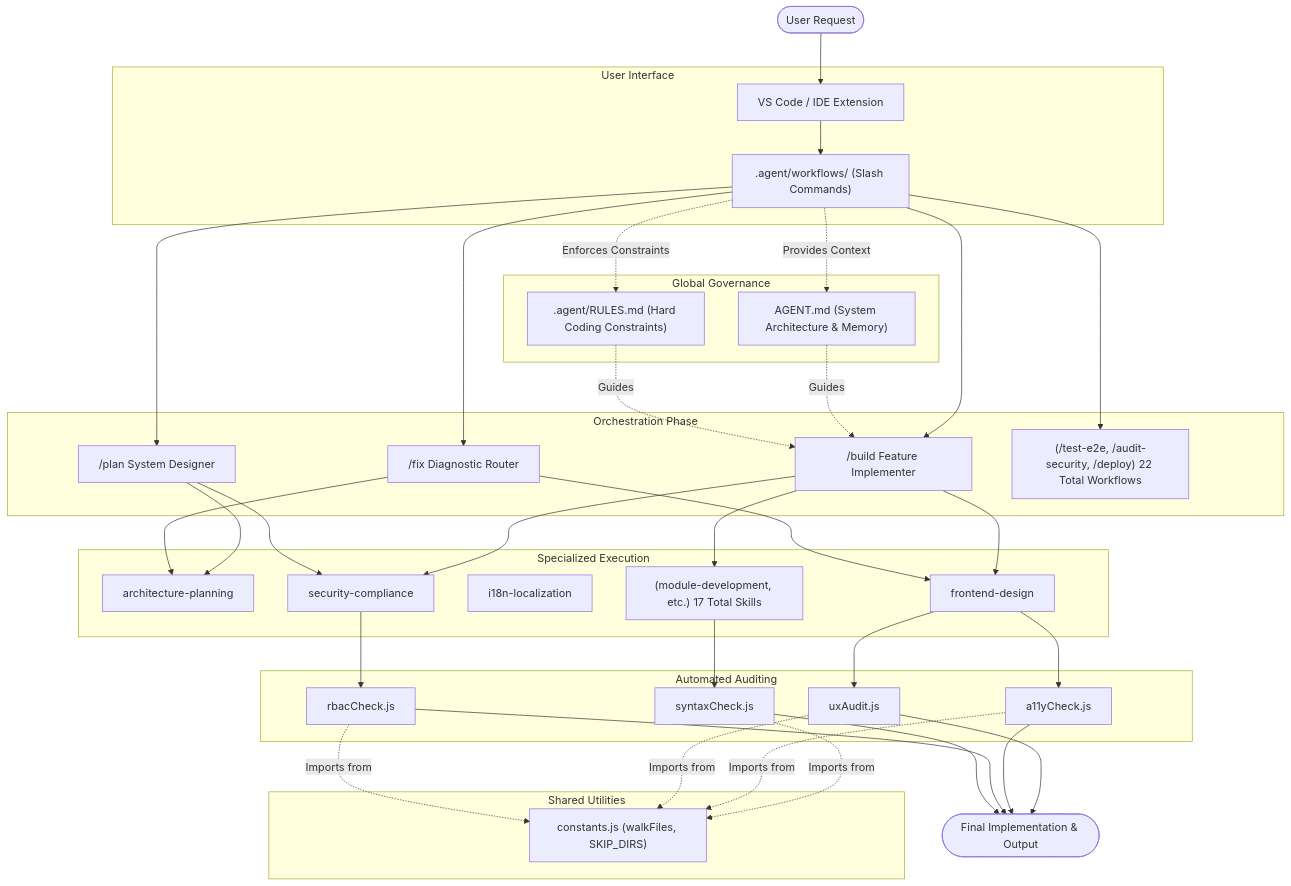
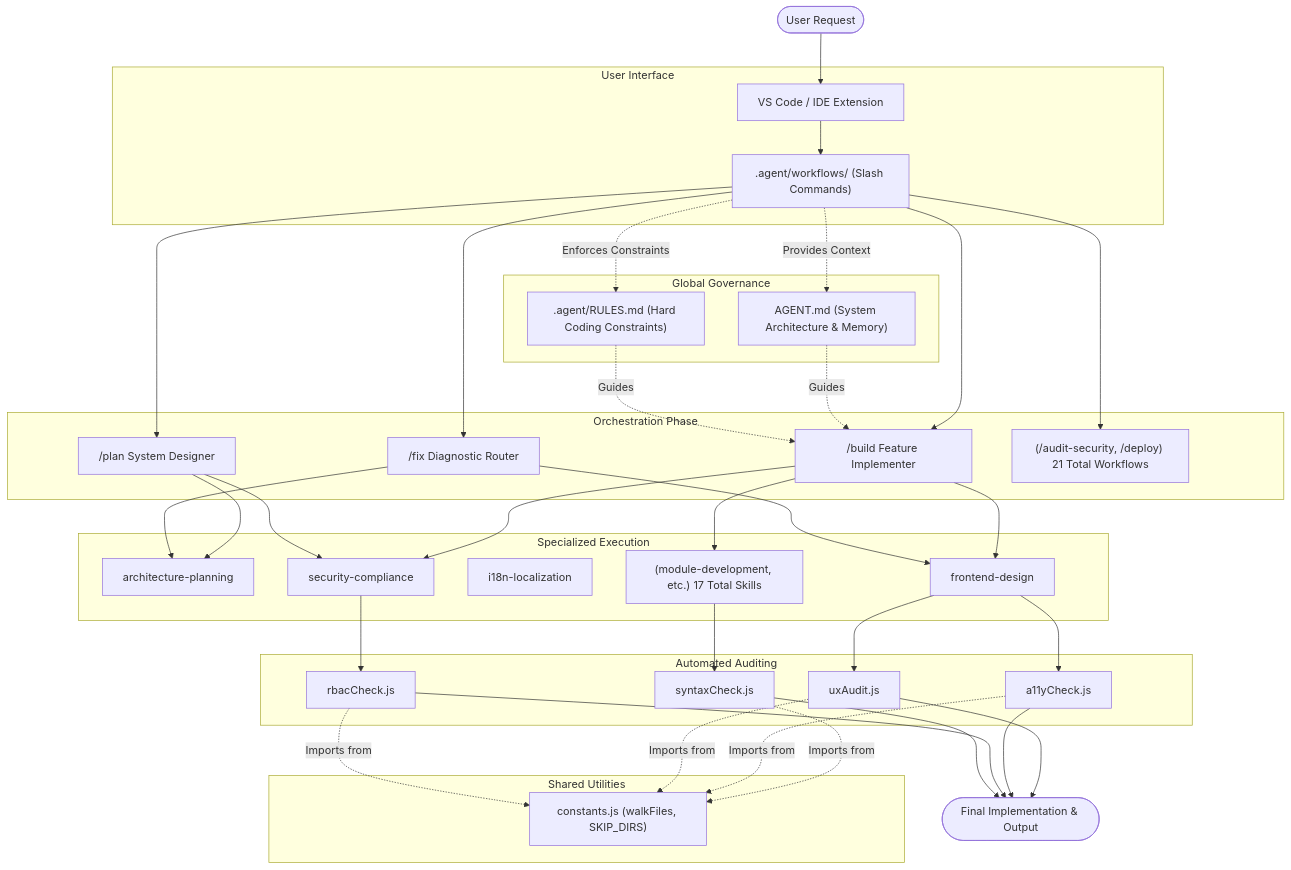
Before and after one commit to xuanhoa88/xnapify: the diagram in .agent/ARCHITECTURE.md, drawn with Mermaid. The commit also changed 269 other files, not shown here.

```diff
--- a/.agent/ARCHITECTURE.md
+++ b/.agent/ARCHITECTURE.md
@@ -20,7 +20,7 @@
         Build["/build Feature Implementer"]
         Plan["/plan System Designer"]
         Fix["/fix Diagnostic Router"]
-        MoreWFS["(/test-e2e, /audit-security, /deploy) 22 Total Workflows"]
+        MoreWFS["(/audit-security, /deploy) 21 Total Workflows"]
     end
 
     subgraph Specialized [Specialized Execution]
```
